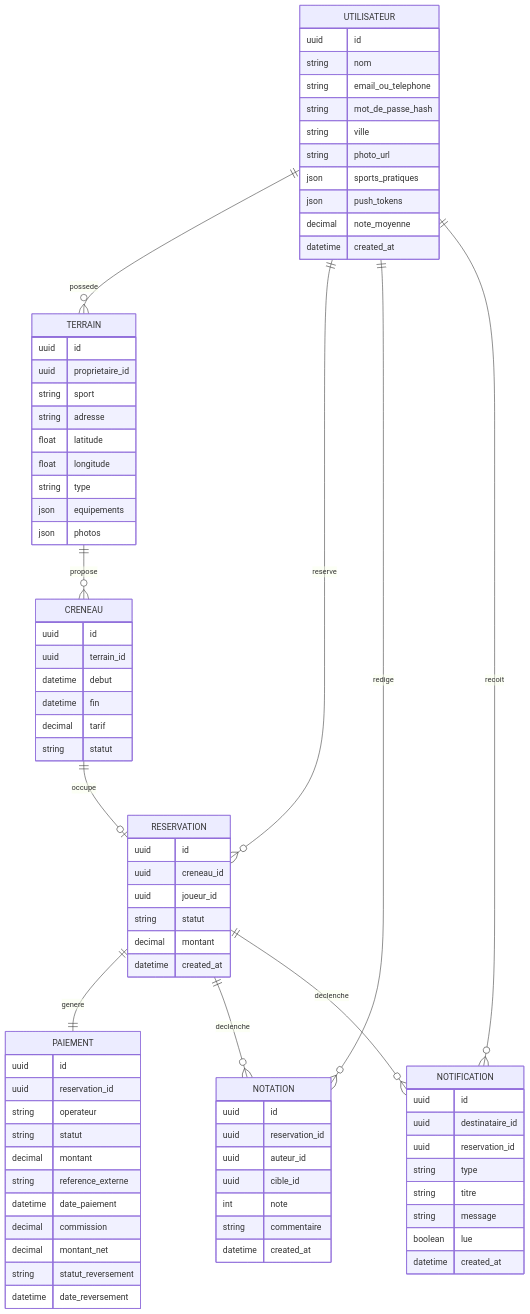
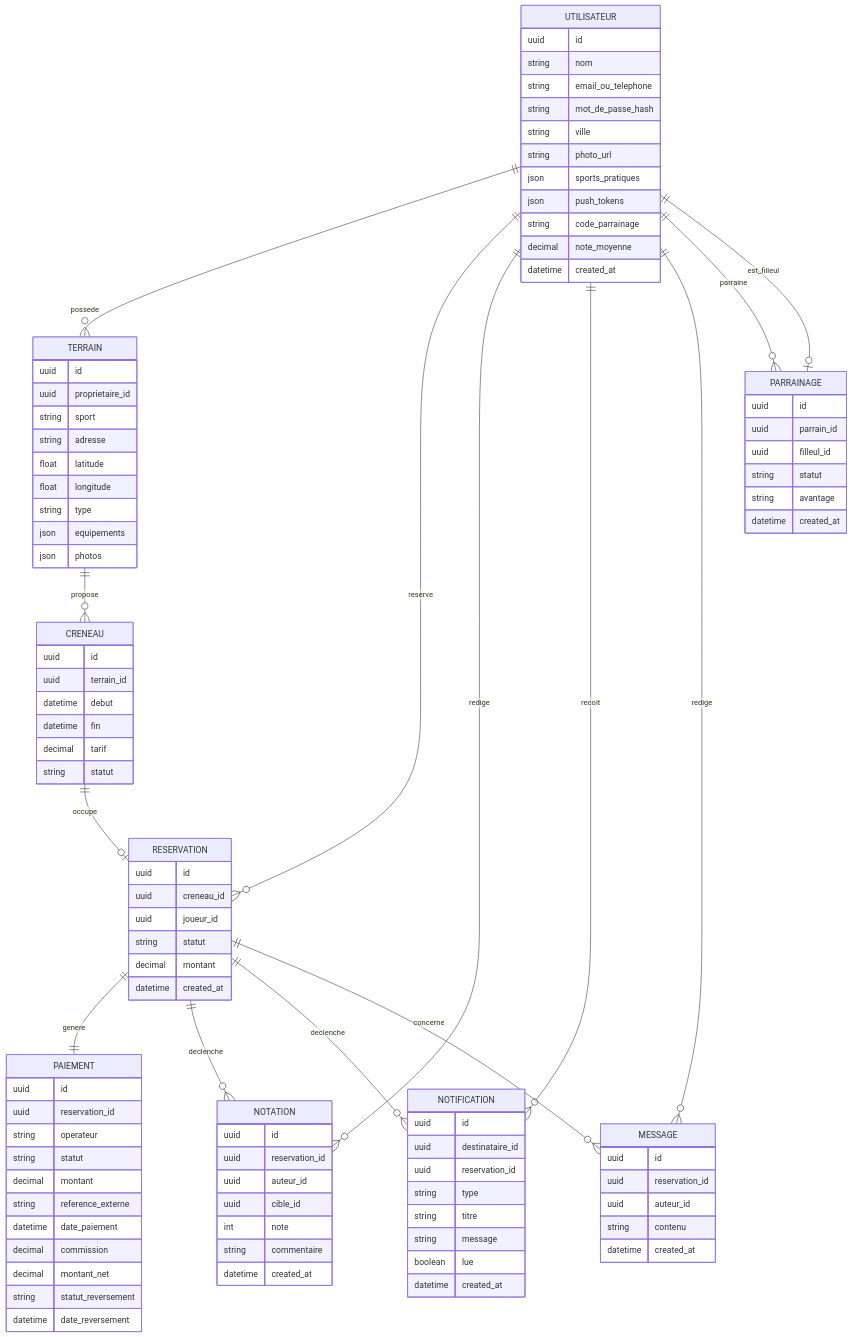
The second of 2 diagrams in architecture.md (marakadenlvlb-max/app-reservation-terrains-), drawn with Mermaid before and after one commit. The commit also changed other lines of this file and 40 other files, not shown here.

````diff
--- a/architecture.md
+++ b/architecture.md
@@ -118,6 +142,10 @@
     RESERVATION ||--o{ NOTATION : declenche
     UTILISATEUR ||--o{ NOTIFICATION : recoit
     RESERVATION ||--o{ NOTIFICATION : declenche
+    UTILISATEUR ||--o{ MESSAGE : redige
+    RESERVATION ||--o{ MESSAGE : concerne
+    UTILISATEUR ||--o{ PARRAINAGE : parraine
+    UTILISATEUR ||--o| PARRAINAGE : est_filleul
 
     UTILISATEUR {
         uuid id
@@ -128,6 +156,7 @@
         string photo_url
         json sports_pratiques
         json push_tokens
+        string code_parrainage
         decimal note_moyenne
         datetime created_at
     }
@@ -190,4 +219,19 @@
         boolean lue
         datetime created_at
     }
+    MESSAGE {
+        uuid id
+        uuid reservation_id
+        uuid auteur_id
+        string contenu
+        datetime created_at
+    }
+    PARRAINAGE {
+        uuid id
+        uuid parrain_id
+        uuid filleul_id
+        string statut
+        string avantage
+        datetime created_at
+    }
 ```
````
